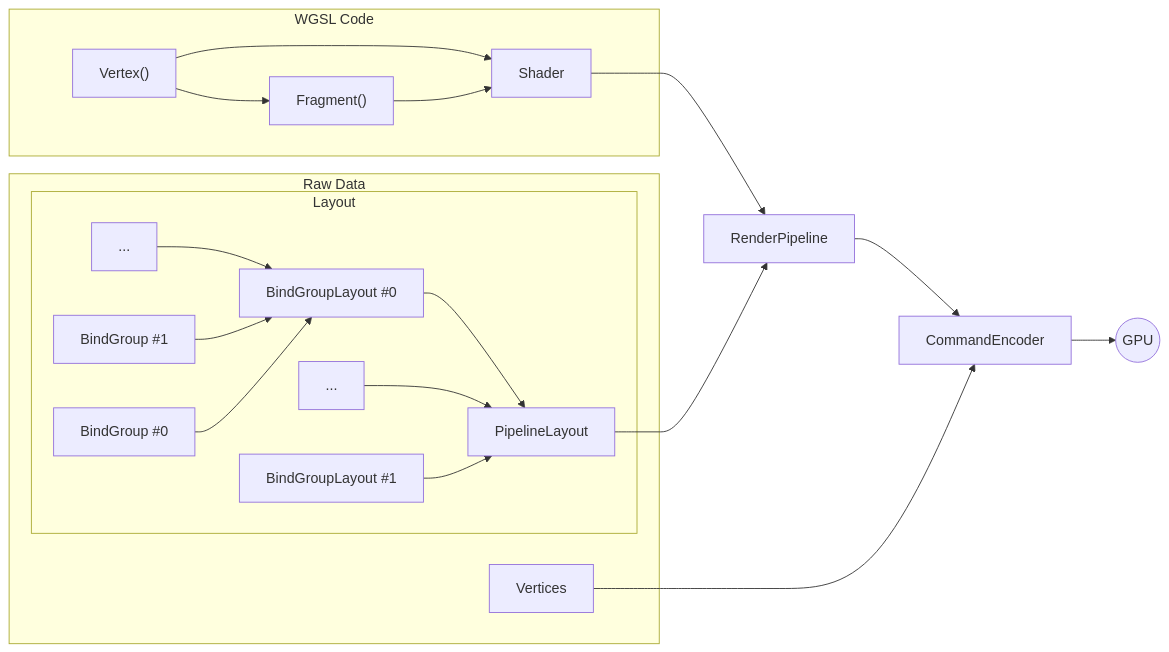
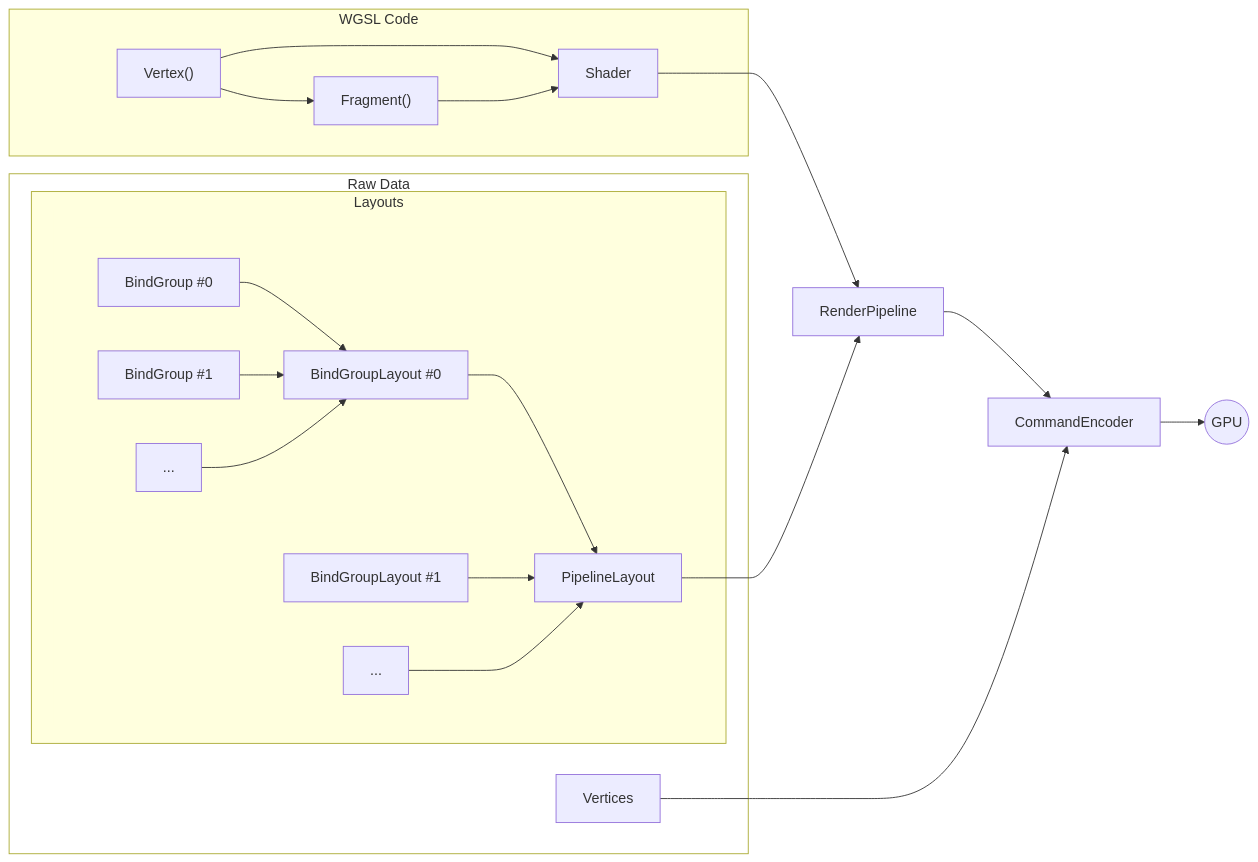
The diagram in docs/WALKTHROUGH.md (cutout-studios/js13k-2026), drawn with Mermaid before and after one commit.

Commit message:
Revise Raw Data subgraph layout in WALKTHROUGH.md
Refactor the Raw Data section for clarity and structure.

````diff
--- a/docs/WALKTHROUGH.md
+++ b/docs/WALKTHROUGH.md
@@ -137,24 +137,32 @@
 ```mermaid
 flowchart LR
   subgraph WGSL Code
     Vertex["Vertex()"] --> Fragment
     Vertex --> Shader
     Fragment["Fragment()"] --> Shader
   end
-  subgraph Raw Data
-    subgraph Layout
-      BG3[...] --> BGL1
-      BG2[BindGroup #1] --> BGL1
-      BG1[BindGroup #0] --> BGL1
-      BGL3[...] --> PipelineLayout
-      BGL2[BindGroupLayout #1] --> PipelineLayout
-      BGL1[BindGroupLayout #0] --> PipelineLayout
+  subgraph RawData ["Raw Data"]
+    subgraph Layouts
+      subgraph BGLs [" "]
+        subgraph BGs [" "]
+          BG1[BindGroup #0] --> BGL1
+          BG2[BindGroup #1] --> BGL1
+          BG3[...] --> BGL1
+        end
+        BGL1[BindGroupLayout #0] --> PipelineLayout
+        BGL2[BindGroupLayout #1] --> PipelineLayout
+        BGL3[...] --> PipelineLayout
+      end
     end
     Vertices
   end
   Shader --> RenderPipeline
   Vertices --> CommandEncoder
   PipelineLayout --> RenderPipeline
   RenderPipeline --> CommandEncoder
   CommandEncoder --> GPU((GPU))
+
+style BGLs stroke-width:0px
+style BGs stroke-width:0px
+style RawData fill:#fff0
 ```
````
